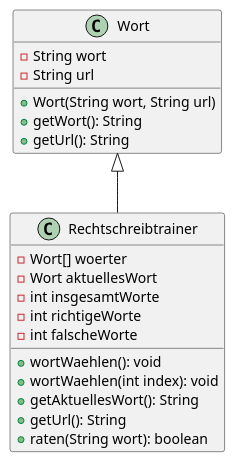
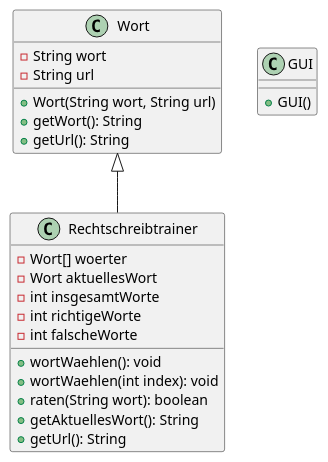
One commit to TGM-HIT/sew9-2324-worttrainer-jdoppelhofer changed the diagram in app/uml/UML.puml. Above: the diagram before and after it, drawn with PlantUML. The commit also changed 1 other file, not shown here.

Commit message:
UML GUI Klasse

```diff
--- a/app/uml/UML.puml
+++ b/app/uml/UML.puml
@@ -1,25 +1,29 @@
 @startuml
 
 Wort <|-- Rechtschreibtrainer
 
 class Wort {
     -String wort
     -String url
     +Wort(String wort, String url)
     +getWort(): String
     +getUrl(): String
 }
 
 class Rechtschreibtrainer {
     -Wort[] woerter
     -Wort aktuellesWort
     -int insgesamtWorte
     -int richtigeWorte
     -int falscheWorte
     +wortWaehlen(): void
     +wortWaehlen(int index): void
+    +raten(String wort): boolean
     +getAktuellesWort(): String
     +getUrl(): String
-    +raten(String wort): boolean
+}
+
+class GUI {
+    +GUI()
 }
 @enduml
```
